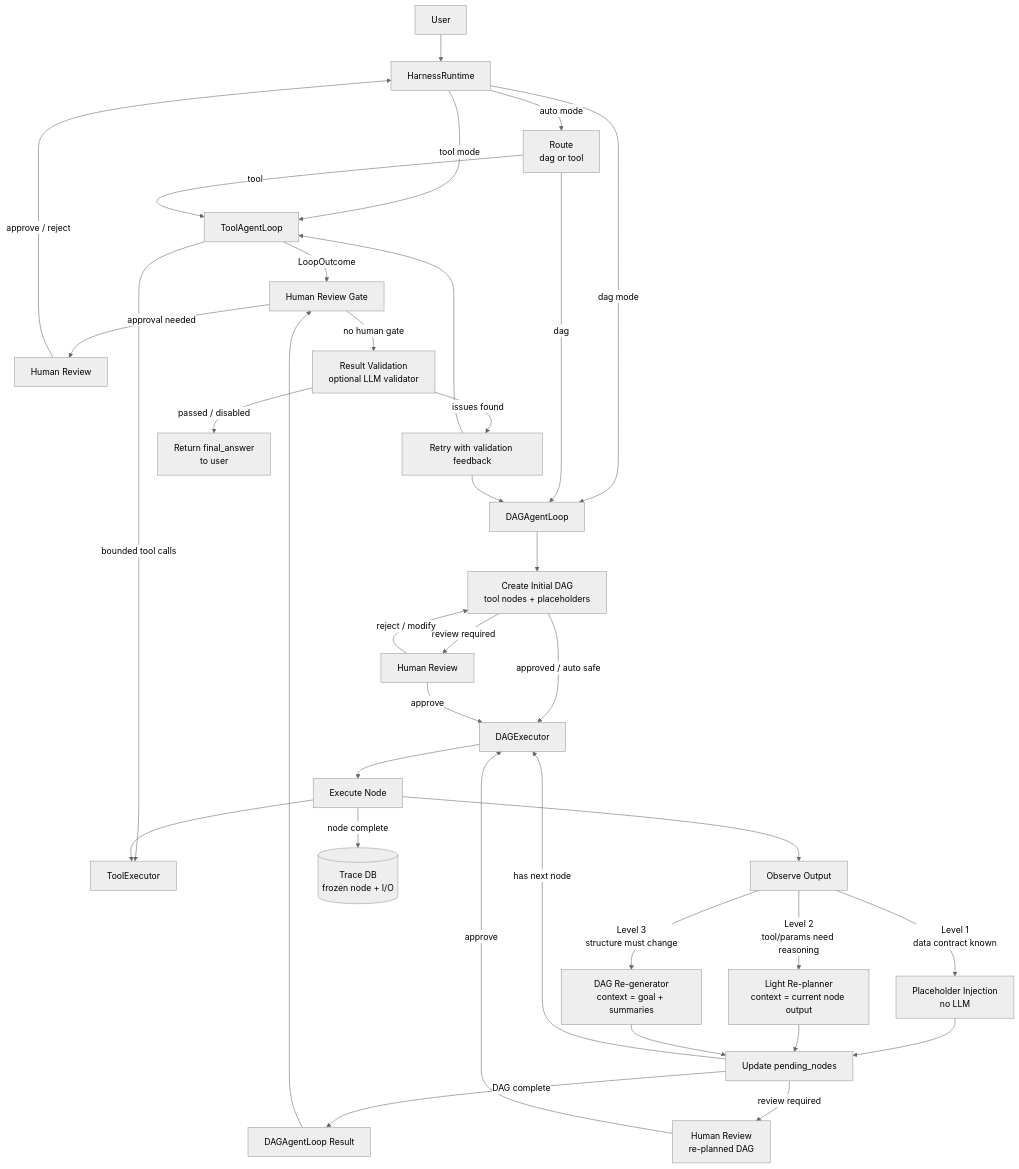
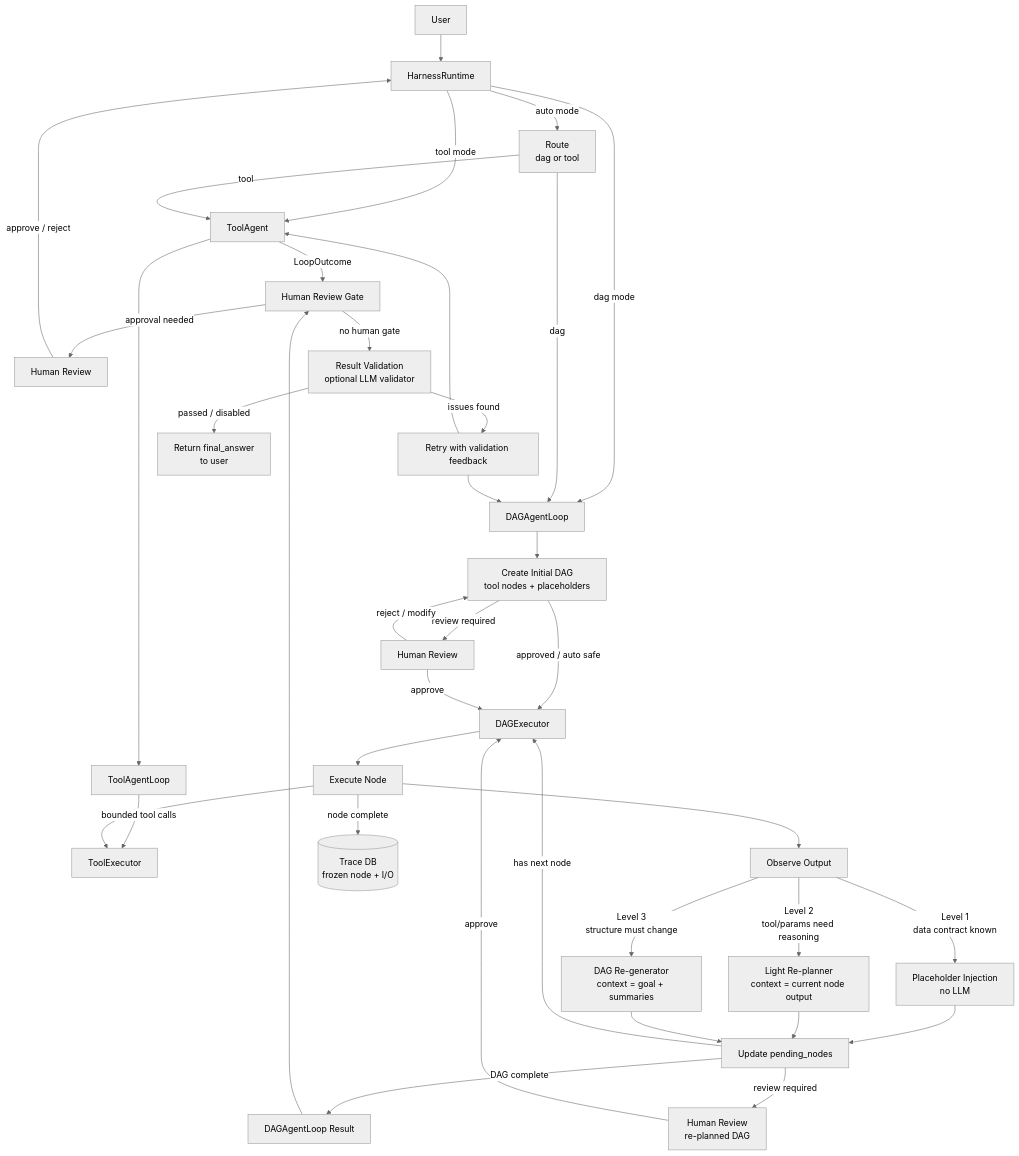
One commit to RobotSe7en/dagent changed the diagram in README.md. Above: the diagram before and after it, drawn with Mermaid (neutral theme). The commit also changed other lines of this file and 10 other files, not shown here.

Commit message:
Extract tool agent prompt layer

````diff
--- a/README.md
+++ b/README.md
@@ -52,48 +52,49 @@
 ```mermaid
 flowchart TD
   U["User"] --> R["HarnessRuntime"]
   R -->|"auto mode"| ROUTE["Route\ndag or tool"]
-  R -->|"tool mode"| TA["ToolAgentLoop"]
+  R -->|"tool mode"| TA["ToolAgent"]
   R -->|"dag mode"| DA["DAGAgentLoop"]
 
   ROUTE -->|"tool"| TA
   ROUTE -->|"dag"| DA
 
-  TA -->|"bounded tool calls"| T["ToolExecutor"]
+  TA --> TAL["ToolAgentLoop"]
+  TAL -->|"bounded tool calls"| T["ToolExecutor"]
   TA -->|"LoopOutcome"| G["Human Review Gate"]
 
   DA --> D["Create Initial DAG\ntool nodes + placeholders"]
 
   D -->|"review required"| UI["Human Review"]
   D -->|"approved / auto safe"| E["DAGExecutor"]
   UI -->|"approve"| E
   UI -->|"reject / modify"| D
 
   E --> N["Execute Node"]
   N --> T
   N --> OBS["Observe Output"]
   N -->|"node complete"| TR[("Trace DB\nfrozen node + I/O")]
 
   OBS -->|"Level 1\ndata contract known"| INJ["Placeholder Injection\nno LLM"]
   OBS -->|"Level 2\ntool/params need reasoning"| RP["Light Re-planner\ncontext = current node output"]
   OBS -->|"Level 3\nstructure must change"| RG["DAG Re-generator\ncontext = goal + summaries"]
 
   INJ --> NXT["Update pending_nodes"]
   RP --> NXT
   RG --> NXT
 
   NXT -->|"has next node"| E
   NXT -->|"review required"| UI2["Human Review\nre-planned DAG"]
   UI2 -->|"approve"| E
 
   NXT -->|"DAG complete"| DR["DAGAgentLoop Result"]
   DR --> G
 
   G -->|"approval needed"| UI3["Human Review"]
   UI3 -->|"approve / reject"| R
   G -->|"no human gate"| V["Result Validation\noptional LLM validator"]
   V -->|"issues found"| RTRY["Retry with validation feedback"]
   RTRY --> TA
   RTRY --> DA
   V -->|"passed / disabled"| O["Return final_answer\nto user"]
 ```
````
